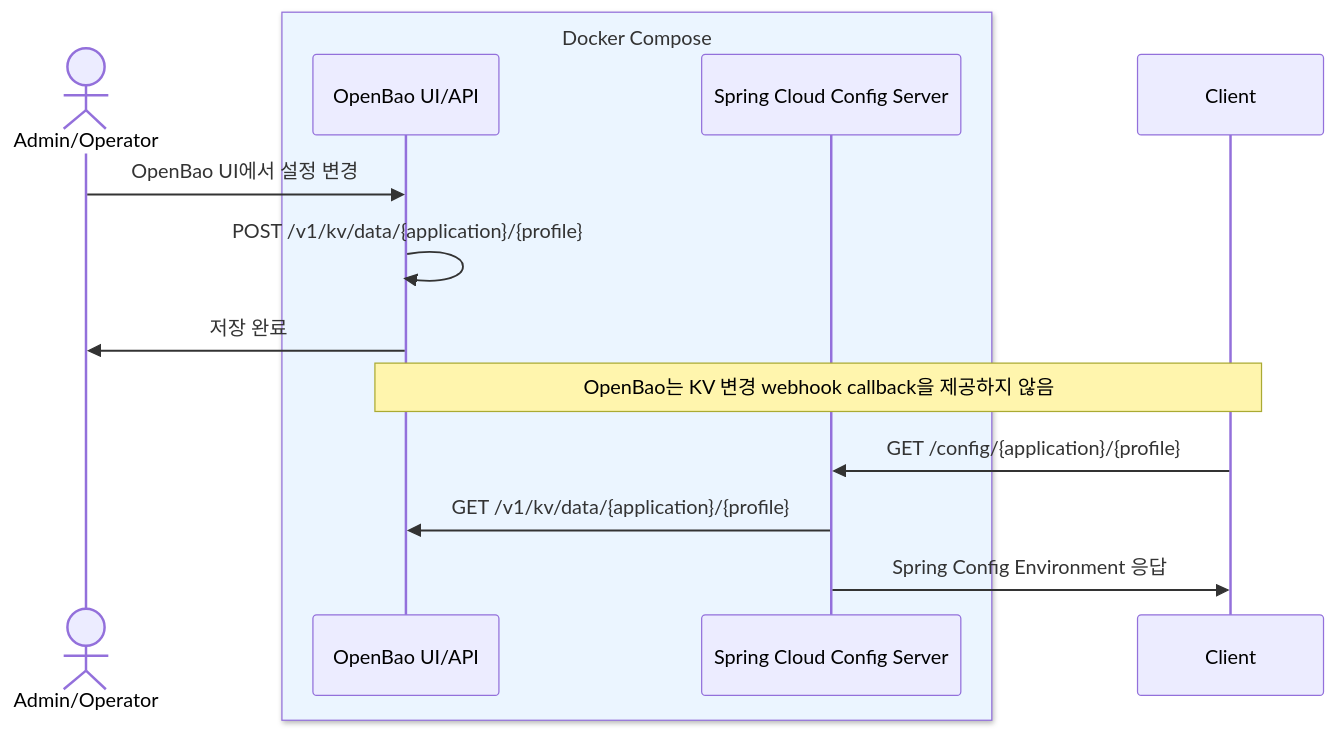
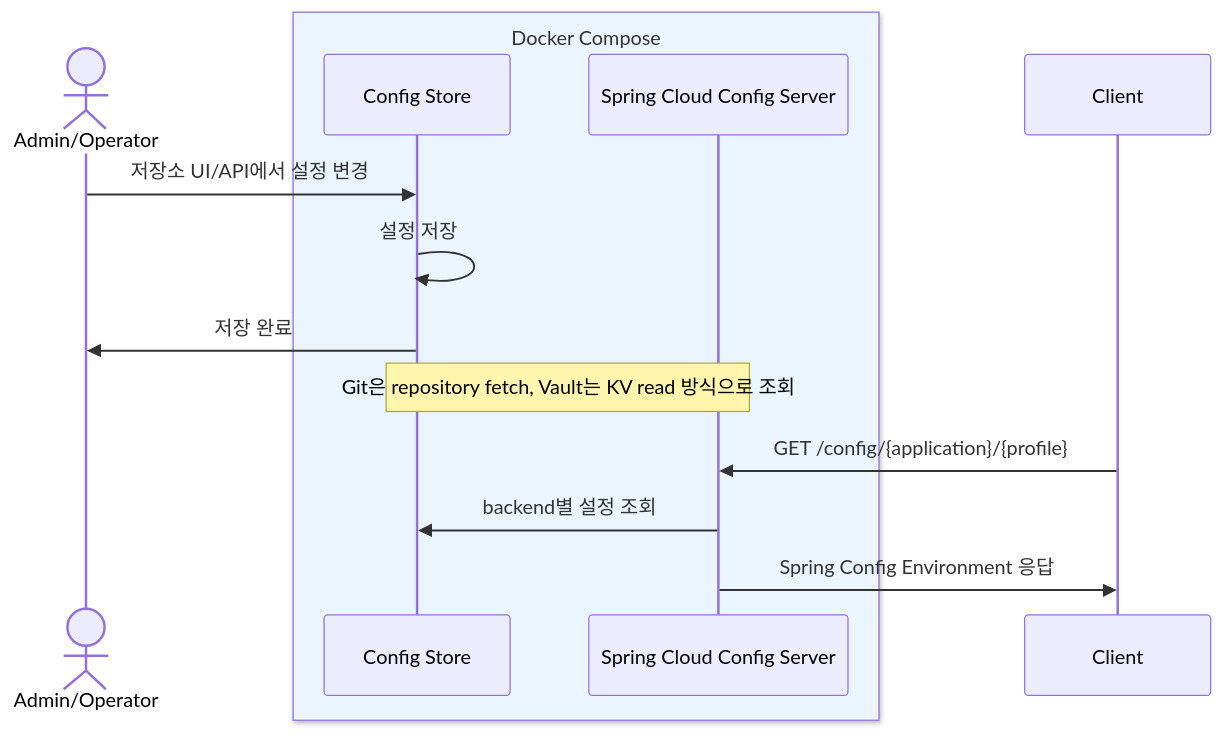
The first of 2 diagrams in README.md (Hyune-s-lab/my-spring-cloud-config), drawn with Mermaid before and after one commit. The commit also changed other lines of this file and 9 other files, not shown here.

````diff
--- a/README.md
+++ b/README.md
@@ -23,16 +21,16 @@
 ```mermaid
 sequenceDiagram
     actor Admin as Admin/Operator
     box rgb(235, 245, 255) Docker Compose
-        participant Bao as OpenBao UI/API
+        participant Store as Config Store
         participant Config as Spring Cloud Config Server
     end
     participant Client as Client
-    Admin ->> Bao: OpenBao UI에서 설정 변경
-    Bao ->> Bao: POST /v1/kv/data/{application}/{profile}
-    Bao ->> Admin: 저장 완료
-    Note over Bao, Client: OpenBao는 KV 변경 webhook callback을 제공하지 않음
+    Admin ->> Store: 저장소 UI/API에서 설정 변경
+    Store ->> Store: 설정 저장
+    Store ->> Admin: 저장 완료
+    Note over Store, Config: Git은 repository fetch, Vault는 KV read 방식으로 조회
     Client ->> Config: GET /config/{application}/{profile}
-    Config ->> Bao: GET /v1/kv/data/{application}/{profile}
+    Config ->> Store: backend별 설정 조회
     Config ->> Client: Spring Config Environment 응답
 ```
````
